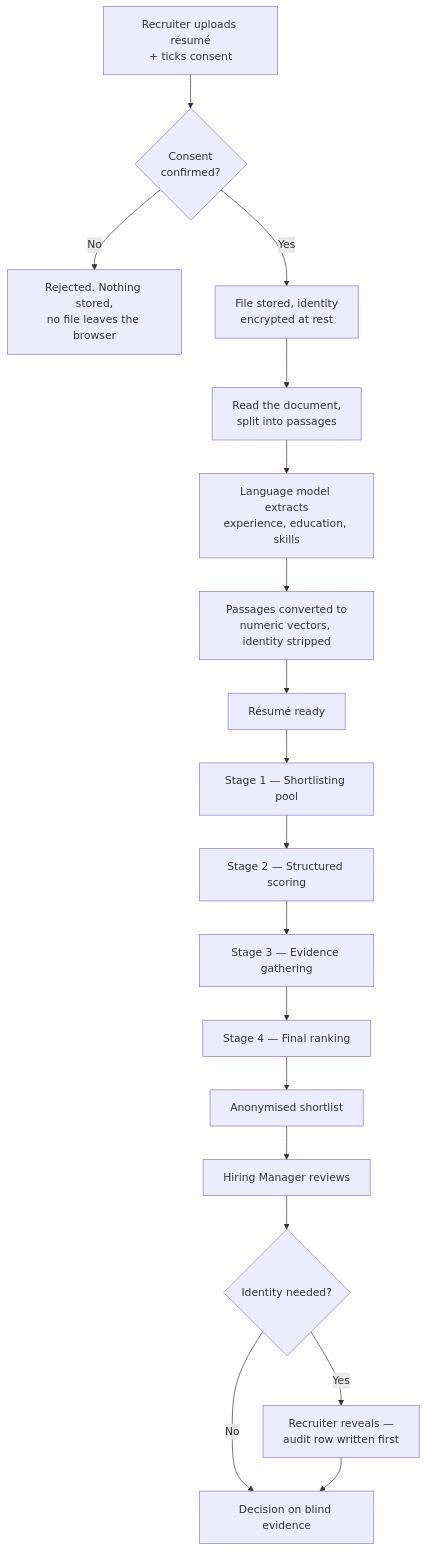
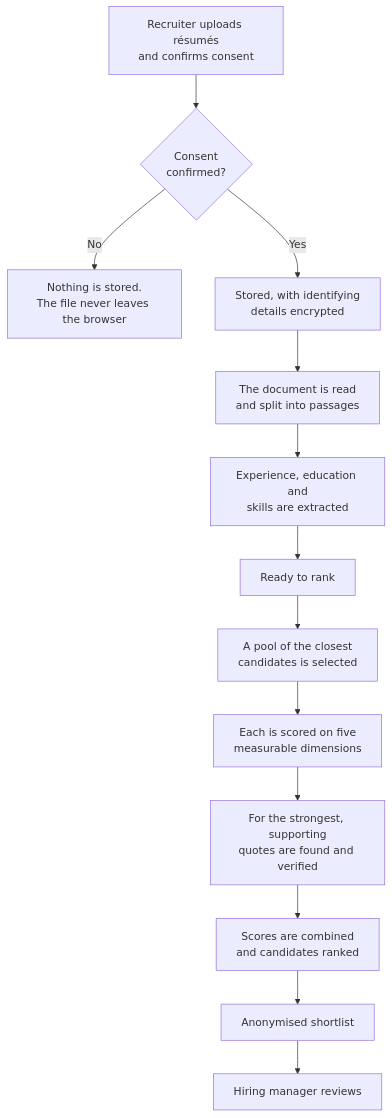
One commit to humanaxiom/recruiter-assistant changed the first of 2 diagrams in docs/process/ranking-metrics-explainer.md. Above: the diagram before and after it, drawn with Mermaid. The commit also changed other lines of this file and 1 other file, not shown here.

````diff
--- a/docs/process/ranking-metrics-explainer.md
+++ b/docs/process/ranking-metrics-explainer.md
@@ -196,21 +26,15 @@
 ```mermaid
 flowchart TD
-  U["Recruiter uploads résumé<br/>+ ticks consent"] --> CG{"Consent<br/>confirmed?"}
-  CG -->|No| STOP["Rejected. Nothing stored,<br/>no file leaves the browser"]
-  CG -->|Yes| ST["File stored, identity<br/>encrypted at rest"]
-  ST --> P["Read the document,<br/>split into passages"]
-  P --> LLM["Language model extracts<br/>experience, education, skills"]
-  LLM --> EMB["Passages converted to<br/>numeric vectors, identity stripped"]
-  EMB --> RDY["Résumé ready"]
-
-  RDY --> S1["Stage 1 — Shortlisting pool"]
-  S1 --> S2["Stage 2 — Structured scoring"]
-  S2 --> S3["Stage 3 — Evidence gathering"]
-  S3 --> S4["Stage 4 — Final ranking"]
+  U["Recruiter uploads résumés<br/>and confirms consent"] --> CG{"Consent<br/>confirmed?"}
+  CG -->|No| STOP["Nothing is stored.<br/>The file never leaves the browser"]
+  CG -->|Yes| ST["Stored, with identifying<br/>details encrypted"]
+  ST --> P["The document is read<br/>and split into passages"]
+  P --> LLM["Experience, education and<br/>skills are extracted"]
+  LLM --> RDY["Ready to rank"]
+  RDY --> S1["A pool of the closest<br/>candidates is selected"]
+  S1 --> S2["Each is scored on five<br/>measurable dimensions"]
+  S2 --> S3["For the strongest, supporting<br/>quotes are found and verified"]
+  S3 --> S4["Scores are combined<br/>and candidates ranked"]
   S4 --> SL["Anonymised shortlist"]
-  SL --> HM["Hiring Manager reviews"]
-  HM --> REV{"Identity needed?"}
-  REV -->|Yes| AUD["Recruiter reveals —<br/>audit row written first"]
-  REV -->|No| DEC["Decision on blind evidence"]
-  AUD --> DEC
+  SL --> HM["Hiring manager reviews"]
 ```
````
